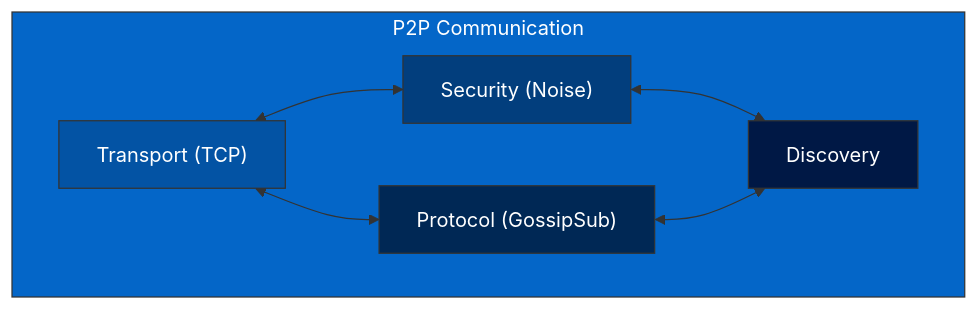
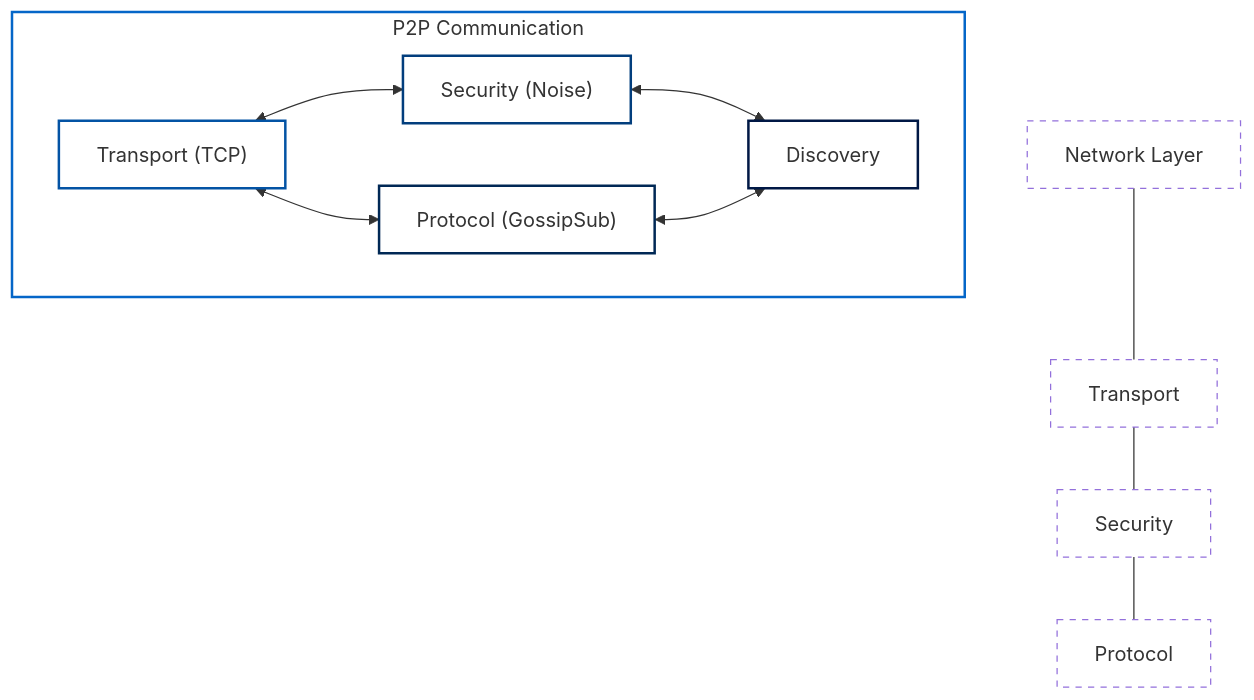
Before and after one commit to openmina/openmina: the diagram in llm-docs/components/p2p/README.md, drawn with Mermaid. The commit also changed other lines of this file and 7 other files, not shown here.

Commit message:
Updated Diagrams

````diff
--- a/llm-docs/components/p2p/README.md
+++ b/llm-docs/components/p2p/README.md
@@ -7,21 +7,26 @@
 ```mermaid
 graph TD
     subgraph P2P["P2P Communication"]
         Transport["Transport (TCP)"] <--> Security["Security (Noise)"]
         Transport <--> Protocol["Protocol (GossipSub)"]
         Security <--> Discovery["Discovery"]
         Protocol <--> Discovery
     end
 
-    classDef p2pClass fill:#0466c8,stroke:#333,stroke-width:1px,color:white;
-    classDef transportClass fill:#0353a4,stroke:#333,stroke-width:1px,color:white;
-    classDef securityClass fill:#023e7d,stroke:#333,stroke-width:1px,color:white;
-    classDef protocolClass fill:#002855,stroke:#333,stroke-width:1px,color:white;
-    classDef discoveryClass fill:#001845,stroke:#333,stroke-width:1px,color:white;
+    %% Legend
+    L1["Network Layer"] --- L2["Transport"] --- L3["Security"] --- L4["Protocol"]
+
+    classDef p2pClass stroke:#0466c8,stroke-width:2px,fill:none;
+    classDef transportClass stroke:#0353a4,stroke-width:2px,fill:none;
+    classDef securityClass stroke:#023e7d,stroke-width:2px,fill:none;
+    classDef protocolClass stroke:#002855,stroke-width:2px,fill:none;
+    classDef discoveryClass stroke:#001845,stroke-width:2px,fill:none;
+    classDef legend stroke-dasharray: 5 5, fill:none;
 
     class P2P p2pClass;
     class Transport transportClass;
     class Security securityClass;
     class Protocol protocolClass;
     class Discovery discoveryClass;
+    class L1,L2,L3,L4 legend;
 ```
````
